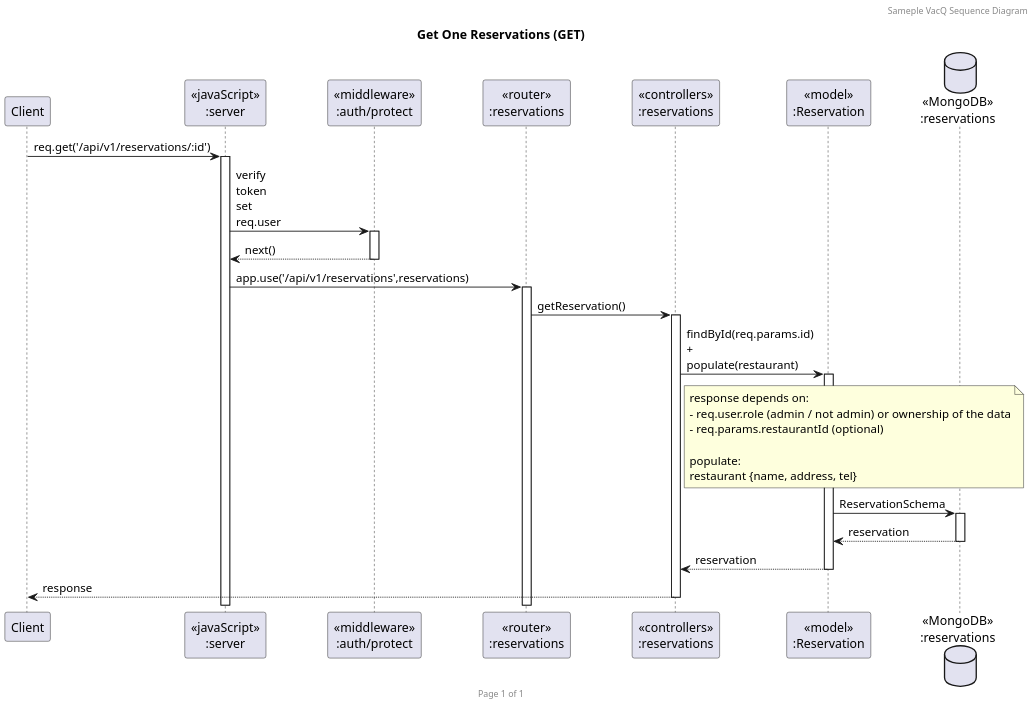
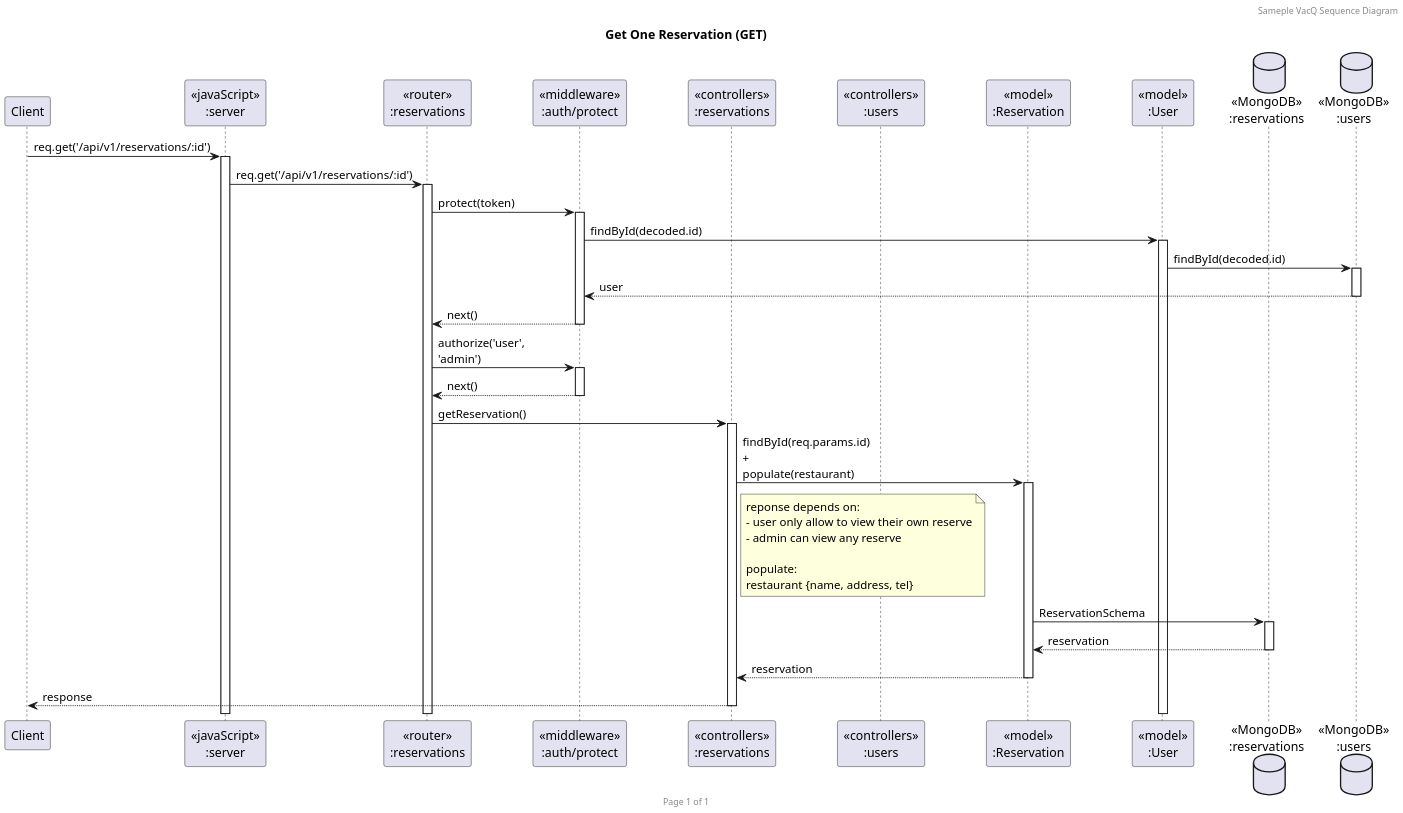
The diagram in UML/Reservations/Get_One.puml (2110503-CEDT68/be-project-68-confutatis), drawn with PlantUML before and after one commit. The commit also changed 5 other files, not shown here.

Commit message:
fix: uml, reservation update -> restaurant fetching only if change new restaurant

```diff
--- a/UML/Reservations/Get_One.puml
+++ b/UML/Reservations/Get_One.puml
@@ -1,46 +1,53 @@
 @startuml Manage Reservation (GET)
 
 header Sameple VacQ Sequence Diagram
 footer Page %page% of %lastpage%
-title "Get One Reservations (GET)"
+title "Get One Reservation (GET)"
 
 skinparam dpi 180
 skinparam ParticipantPadding 30
 skinparam MessagePadding 25
 skinparam maxMessageSize 40
 
 participant "Client" as client
 participant "<<javaScript>>\n:server" as server
+participant "<<router>>\n:reservations" as routerReservations
 participant "<<middleware>>\n:auth/protect" as middleware
-participant "<<router>>\n:reservations" as routerReservations
 participant "<<controllers>>\n:reservations" as controllersReservations
+participant "<<controllers>>\n:users" as controllersUsers   
 participant "<<model>>\n:Reservation" as modelReservation
+participant "<<model>>\n:User" as modelUser
 database "<<MongoDB>>\n:reservations" as ReservationsDatabase
+database "<<MongoDB>>\n:users" as UsersDatabase
 
 client -> server ++: req.get('/api/v1/reservations/:id')
-server -> middleware ++: verify token\nset req.user
-middleware --> server --: next()
+server -> routerReservations ++: req.get('/api/v1/reservations/:id')
+routerReservations -> middleware ++: protect(token)
+middleware -> modelUser ++: findById(decoded.id)
+modelUser -> UsersDatabase ++: findById(decoded.id)
+UsersDatabase --> middleware --: user
+middleware --> routerReservations --: next()
 
-server -> routerReservations ++: app.use('/api/v1/reservations',reservations)
-
+routerReservations -> middleware ++: authorize('user', 'admin')
+middleware --> routerReservations --: next()
 
 routerReservations -> controllersReservations ++: getReservation()
 
 controllersReservations -> modelReservation ++: findById(req.params.id)\n+ populate(restaurant)
 
 note right of controllersReservations
-response depends on:
-- req.user.role (admin / not admin) or ownership of the data
-- req.params.restaurantId (optional)
+reponse depends on:
+- user only allow to view their own reserve
+- admin can view any reserve
 
 populate:
 restaurant {name, address, tel}
 end note
 
 modelReservation -> ReservationsDatabase ++: ReservationSchema
 ReservationsDatabase --> modelReservation --: reservation
 modelReservation --> controllersReservations --: reservation
 
 controllersReservations --> client --: response
 
 @enduml
```
